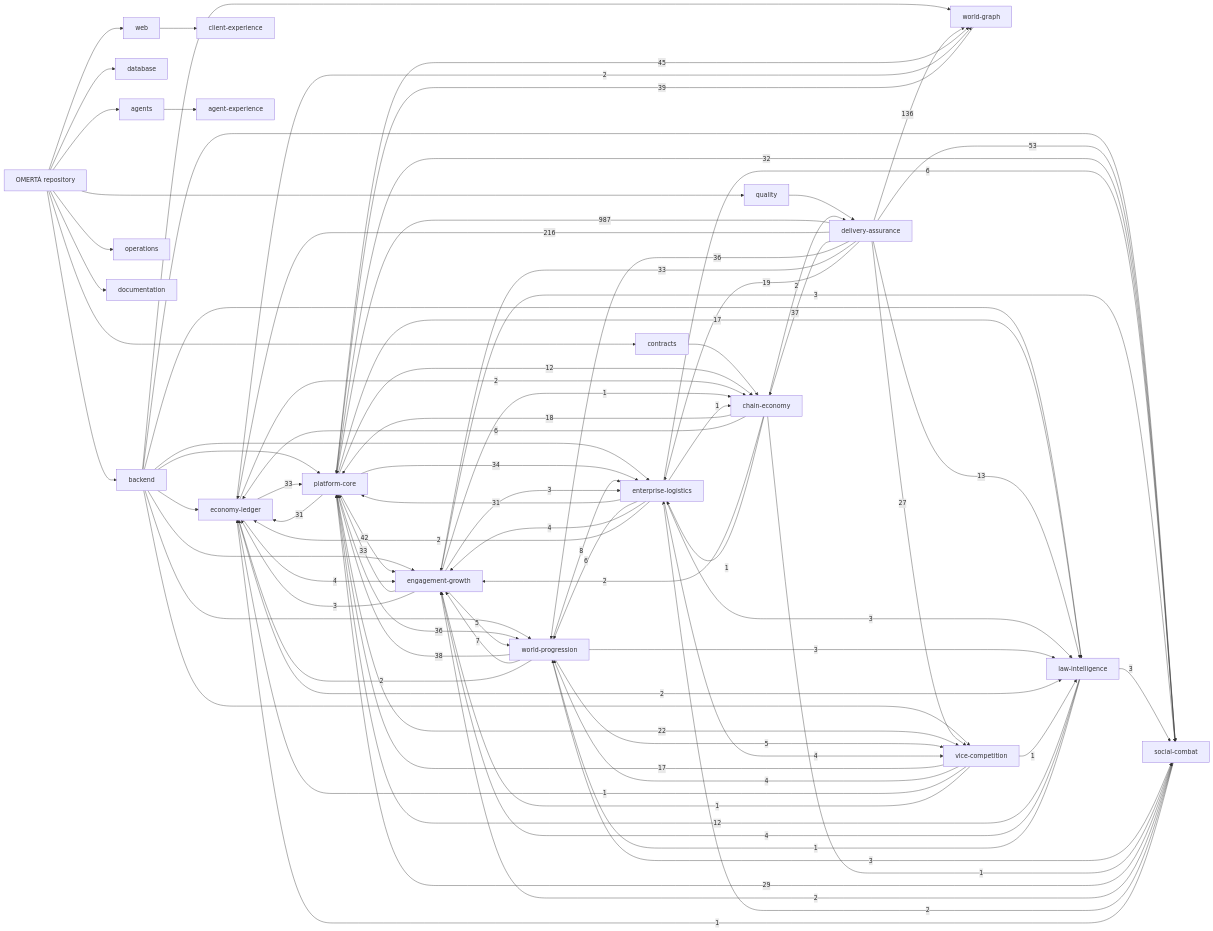
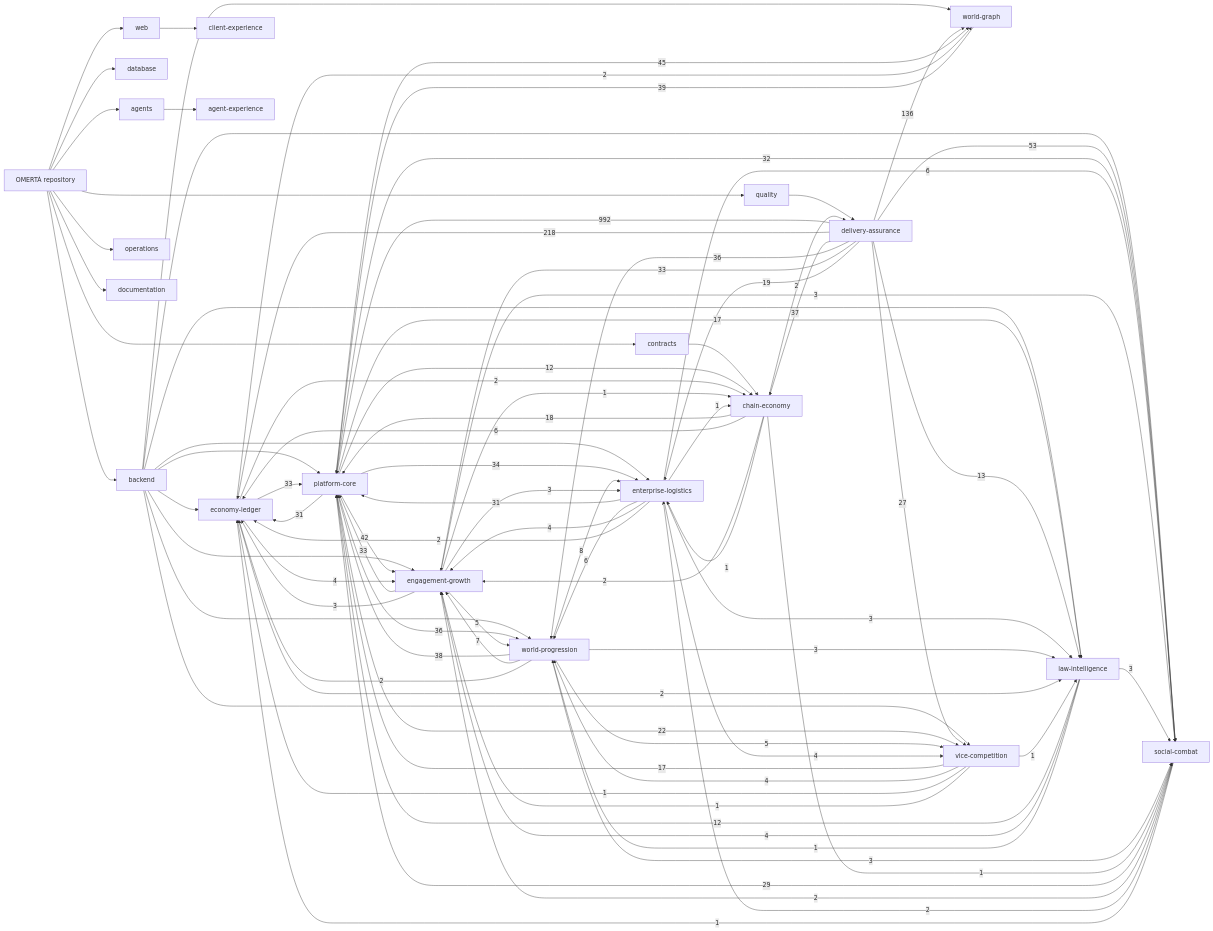
Before and after one commit to OmertaDev/Omerta: the diagram in knowledge/generated/graph.mmd, drawn with Mermaid. The commit also changed 6 other files, not shown here.

```diff
--- a/knowledge/generated/graph.mmd
+++ b/knowledge/generated/graph.mmd
@@ -1,109 +1,109 @@
 flowchart LR
   repo["OMERTÀ repository"]
   sub_backend["backend"]
   repo --> sub_backend
   sub_database["database"]
   repo --> sub_database
   sub_web["web"]
   repo --> sub_web
   sub_contracts["contracts"]
   repo --> sub_contracts
   sub_agents["agents"]
   repo --> sub_agents
   sub_quality["quality"]
   repo --> sub_quality
   sub_operations["operations"]
   repo --> sub_operations
   sub_documentation["documentation"]
   repo --> sub_documentation
   dom_platform-core["platform-core"]
   dom_economy-ledger["economy-ledger"]
   dom_social-combat["social-combat"]
   dom_world-progression["world-progression"]
   dom_world-graph["world-graph"]
   dom_enterprise-logistics["enterprise-logistics"]
   dom_vice-competition["vice-competition"]
   dom_law-intelligence["law-intelligence"]
   dom_chain-economy["chain-economy"]
   dom_engagement-growth["engagement-growth"]
   dom_client-experience["client-experience"]
   dom_agent-experience["agent-experience"]
   dom_delivery-assurance["delivery-assurance"]
   sub_agents --> dom_agent-experience
   sub_backend --> dom_economy-ledger
   sub_backend --> dom_engagement-growth
   sub_backend --> dom_enterprise-logistics
   sub_backend --> dom_law-intelligence
   sub_backend --> dom_platform-core
   sub_backend --> dom_social-combat
   sub_backend --> dom_vice-competition
   sub_backend --> dom_world-graph
   sub_backend --> dom_world-progression
   sub_contracts --> dom_chain-economy
   sub_quality --> dom_delivery-assurance
   sub_web --> dom_client-experience
-  dom_delivery-assurance -->|987| dom_platform-core
-  dom_delivery-assurance -->|216| dom_economy-ledger
+  dom_delivery-assurance -->|992| dom_platform-core
+  dom_delivery-assurance -->|218| dom_economy-ledger
   dom_delivery-assurance -->|136| dom_world-graph
   dom_delivery-assurance -->|53| dom_social-combat
   dom_platform-core -->|45| dom_world-graph
   dom_platform-core -->|42| dom_engagement-growth
   dom_world-graph -->|39| dom_platform-core
   dom_world-progression -->|38| dom_platform-core
   dom_delivery-assurance -->|37| dom_chain-economy
   dom_delivery-assurance -->|36| dom_world-progression
   dom_platform-core -->|36| dom_world-progression
   dom_platform-core -->|34| dom_enterprise-logistics
   dom_delivery-assurance -->|33| dom_engagement-growth
   dom_economy-ledger -->|33| dom_platform-core
   dom_engagement-growth -->|33| dom_platform-core
   dom_platform-core -->|32| dom_social-combat
   dom_enterprise-logistics -->|31| dom_platform-core
   dom_platform-core -->|31| dom_economy-ledger
   dom_social-combat -->|29| dom_platform-core
   dom_delivery-assurance -->|27| dom_vice-competition
   dom_platform-core -->|22| dom_vice-competition
   dom_delivery-assurance -->|19| dom_enterprise-logistics
   dom_chain-economy -->|18| dom_platform-core
   dom_platform-core -->|17| dom_law-intelligence
   dom_vice-competition -->|17| dom_platform-core
   dom_delivery-assurance -->|13| dom_law-intelligence
   dom_law-intelligence -->|12| dom_platform-core
   dom_platform-core -->|12| dom_chain-economy
   dom_world-progression -->|8| dom_enterprise-logistics
   dom_world-progression -->|7| dom_engagement-growth
   dom_chain-economy -->|6| dom_economy-ledger
   dom_enterprise-logistics -->|6| dom_social-combat
   dom_enterprise-logistics -->|6| dom_world-progression
   dom_engagement-growth -->|5| dom_world-progression
   dom_world-progression -->|5| dom_vice-competition
   dom_economy-ledger -->|4| dom_engagement-growth
   dom_enterprise-logistics -->|4| dom_engagement-growth
   dom_enterprise-logistics -->|4| dom_vice-competition
   dom_law-intelligence -->|4| dom_engagement-growth
   dom_vice-competition -->|4| dom_world-progression
   dom_engagement-growth -->|3| dom_economy-ledger
   dom_engagement-growth -->|3| dom_enterprise-logistics
   dom_engagement-growth -->|3| dom_social-combat
   dom_enterprise-logistics -->|3| dom_law-intelligence
   dom_law-intelligence -->|3| dom_social-combat
   dom_world-progression -->|3| dom_law-intelligence
   dom_world-progression -->|3| dom_social-combat
   dom_chain-economy -->|2| dom_delivery-assurance
   dom_chain-economy -->|2| dom_engagement-growth
   dom_economy-ledger -->|2| dom_chain-economy
   dom_economy-ledger -->|2| dom_law-intelligence
   dom_economy-ledger -->|2| dom_world-graph
   dom_enterprise-logistics -->|2| dom_economy-ledger
   dom_social-combat -->|2| dom_engagement-growth
   dom_social-combat -->|2| dom_enterprise-logistics
   dom_world-progression -->|2| dom_economy-ledger
   dom_chain-economy -->|1| dom_enterprise-logistics
   dom_chain-economy -->|1| dom_social-combat
   dom_engagement-growth -->|1| dom_chain-economy
   dom_enterprise-logistics -->|1| dom_chain-economy
   dom_law-intelligence -->|1| dom_world-progression
   dom_social-combat -->|1| dom_economy-ledger
   dom_vice-competition -->|1| dom_economy-ledger
   dom_vice-competition -->|1| dom_engagement-growth
   dom_vice-competition -->|1| dom_law-intelligence
```
